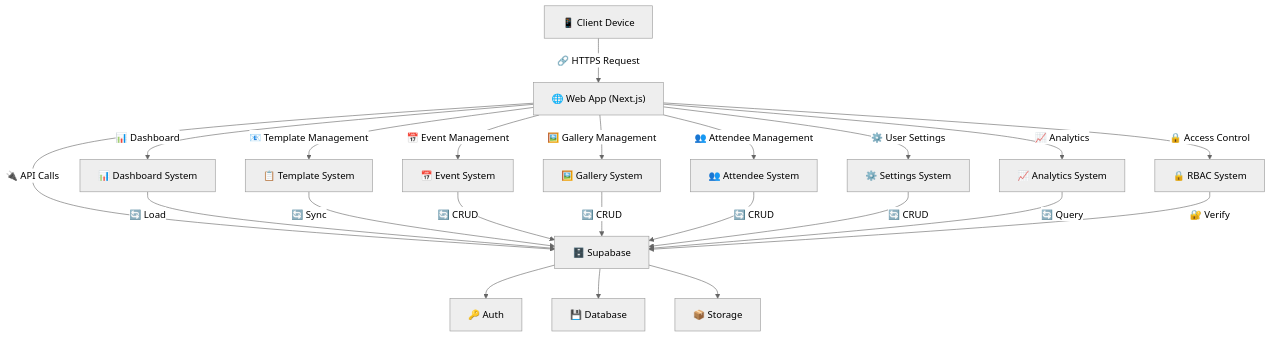
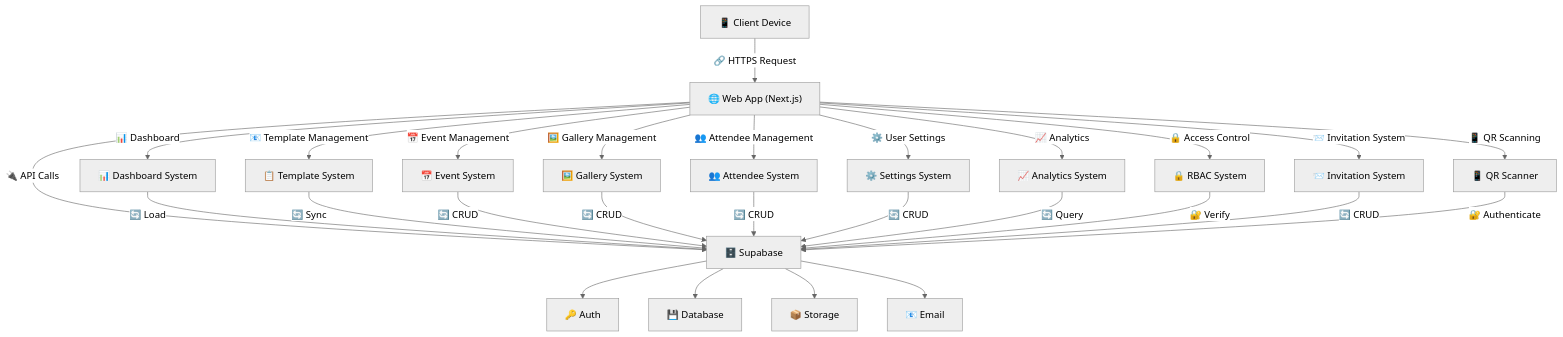
The second of 12 diagrams in docs/architecture/system_architecture_flowchart.md (mrj0nesmtl/cloud-burst), drawn with Mermaid (neutral theme) before and after one commit. The commit also changed other lines of this file and 6 other files, not shown here.

Commit message:
Update version to 0.7.8 and adjust project timeline

````diff
--- a/docs/architecture/system_architecture_flowchart.md
+++ b/docs/architecture/system_architecture_flowchart.md
@@ -107,24 +121,29 @@
 ```mermaid
 graph TD
     Client["📱 Client Device"] -->|"🔗 HTTPS Request"| WebApp["🌐 Web App (Next.js)"]
     WebApp -->|"🔌 API Calls"| Supabase["🗄️ Supabase"]
     WebApp -->|"📊 Dashboard"| Dashboard["📊 Dashboard System"]
     WebApp -->|"📧 Template Management"| Templates["📋 Template System"]
     WebApp -->|"📅 Event Management"| Events["📅 Event System"]
     WebApp -->|"🖼️ Gallery Management"| Gallery["🖼️ Gallery System"]
     WebApp -->|"👥 Attendee Management"| Attendees["👥 Attendee System"]
     WebApp -->|"⚙️ User Settings"| Settings["⚙️ Settings System"]
     WebApp -->|"📈 Analytics"| Analytics["📈 Analytics System"]
     WebApp -->|"🔒 Access Control"| RBAC["🔒 RBAC System"]
+    WebApp -->|"📨 Invitation System"| Invitations["📨 Invitation System"]
+    WebApp -->|"📱 QR Scanning"| QRScanner["📱 QR Scanner"]
     Dashboard -->|"🔄 Load"| Supabase
     Templates -->|"🔄 Sync"| Supabase
     Events -->|"🔄 CRUD"| Supabase
     Gallery -->|"🔄 CRUD"| Supabase
     Attendees -->|"🔄 CRUD"| Supabase
     Settings -->|"🔄 CRUD"| Supabase
     Analytics -->|"🔄 Query"| Supabase
     RBAC -->|"🔐 Verify"| Supabase
+    Invitations -->|"🔄 CRUD"| Supabase
+    QRScanner -->|"🔐 Authenticate"| Supabase
     Supabase --> Auth["🔑 Auth"]
     Supabase --> Database["💾 Database"]
     Supabase --> Storage["📦 Storage"]
+    Supabase --> Email["📧 Email"]
 ```
````
